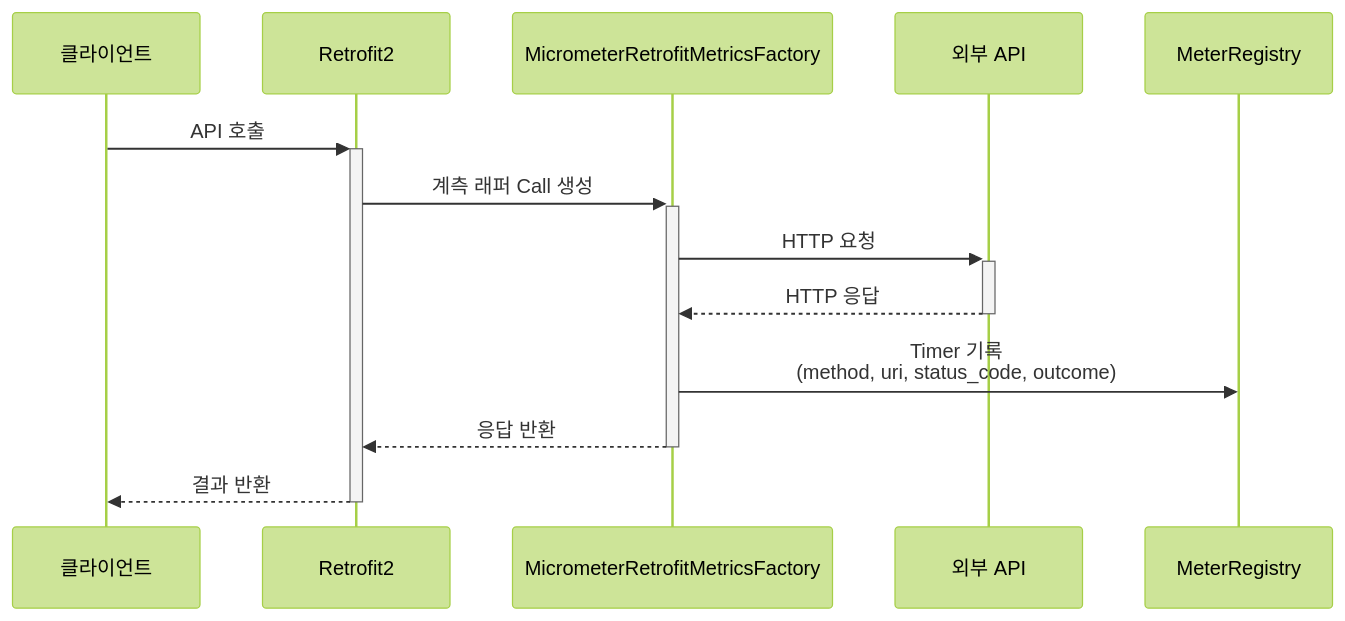
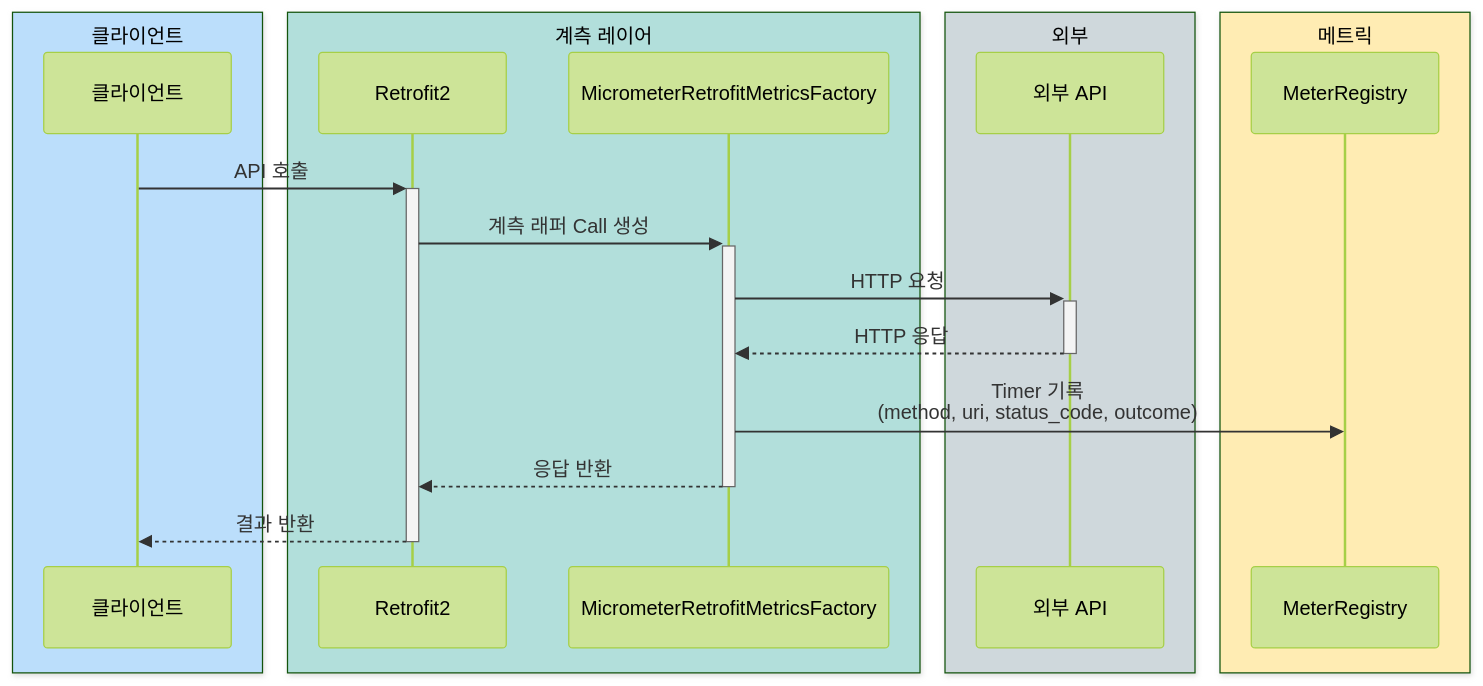
The third of 4 diagrams in infra/micrometer/README.ko.md (bluetape4k/bluetape4k-projects), drawn with Mermaid (forest theme) before and after one commit. The commit also changed other lines of this file and 221 other files, not shown here.

First line of the commit message:
docs: 전체 모듈 README UML 다이어그램 보강 및 색상 업그레이드

````diff
--- a/infra/micrometer/README.ko.md
+++ b/infra/micrometer/README.ko.md
@@ -318,16 +333,24 @@
 ```mermaid
 sequenceDiagram
+    box rgb(187,222,251) 클라이언트
     participant Client as 클라이언트
+    end
+    box rgb(178,223,219) 계측 레이어
     participant Retrofit as Retrofit2
     participant Metrics as MicrometerRetrofitMetricsFactory
+    end
+    box rgb(207,216,220) 외부
     participant API as 외부 API
+    end
+    box rgb(255,236,179) 메트릭
     participant Registry as MeterRegistry
+    end
 
     Client->>+Retrofit: API 호출
     Retrofit->>+Metrics: 계측 래퍼 Call 생성
     Metrics->>+API: HTTP 요청
     API-->>-Metrics: HTTP 응답
     Metrics->>Registry: Timer 기록<br/>(method, uri, status_code, outcome)
     Metrics-->>-Retrofit: 응답 반환
     Retrofit-->>-Client: 결과 반환
 ```
````
